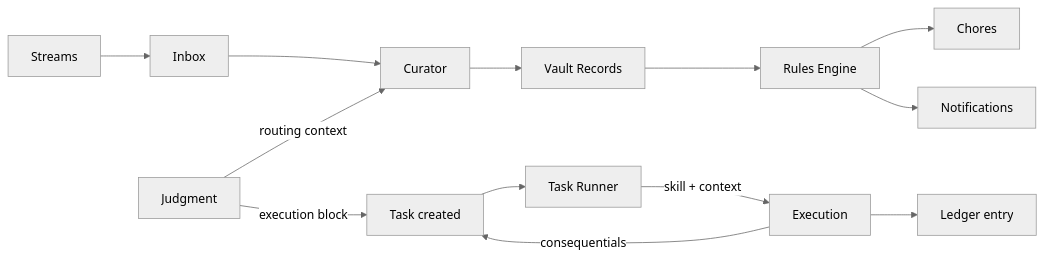
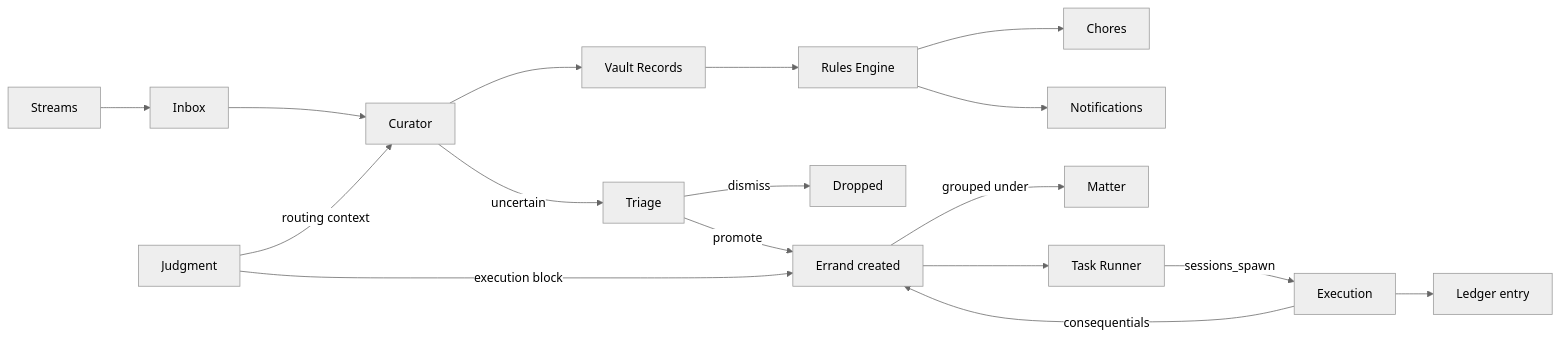
The diagram in architecture/kinetic.mdx (ssdavidai/alfred-documentation), drawn with Mermaid (neutral theme) before and after one commit. The commit also changed other lines of this file and 14 other files, not shown here.

````diff
--- a/architecture/kinetic.mdx
+++ b/architecture/kinetic.mdx
@@ -86,15 +125,19 @@
 ```mermaid
 graph LR
     A[Streams] --> B[Inbox]
     B --> C[Curator]
     C --> D[Vault Records]
+    C -->|uncertain| T[Triage]
+    T -->|promote| J
+    T -->|dismiss| X[Dropped]
     D --> E[Rules Engine]
     E --> G[Chores]
     E --> H[Notifications]
     I[Judgment] -->|routing context| C
-    I -->|execution block| J[Task created]
+    I -->|execution block| J[Errand created]
+    J -->|grouped under| MA[Matter]
     J --> K[Task Runner]
-    K -->|skill + context| L[Execution]
+    K -->|sessions_spawn| L[Execution]
     L --> M[Ledger entry]
     L -->|consequentials| J
 ```
````
